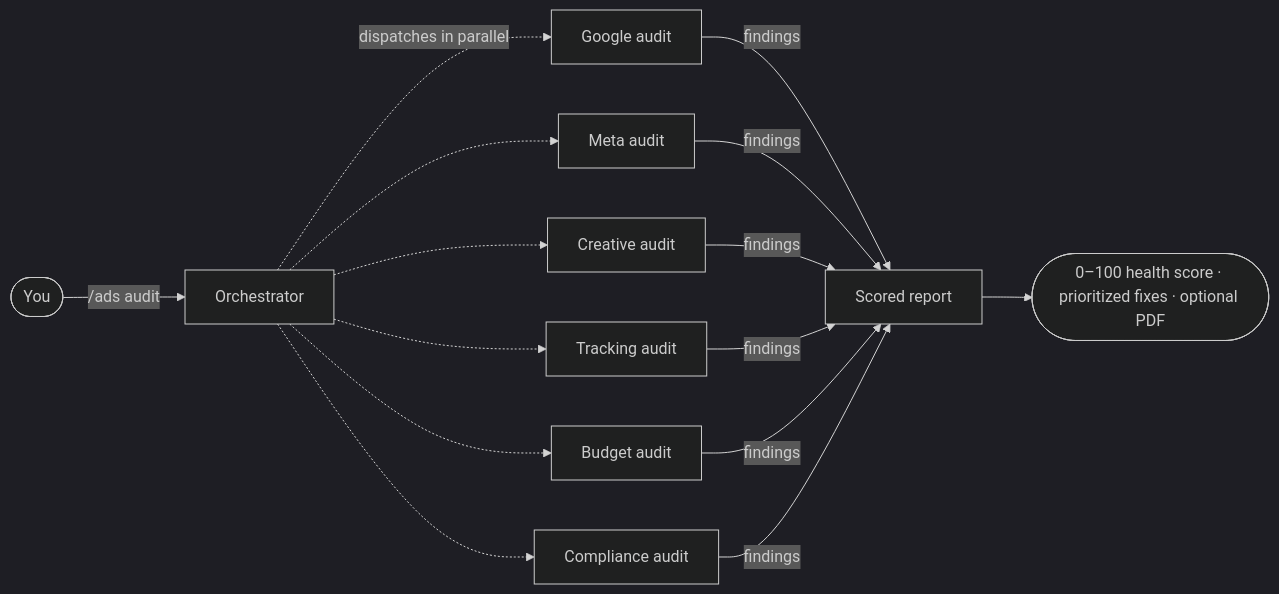
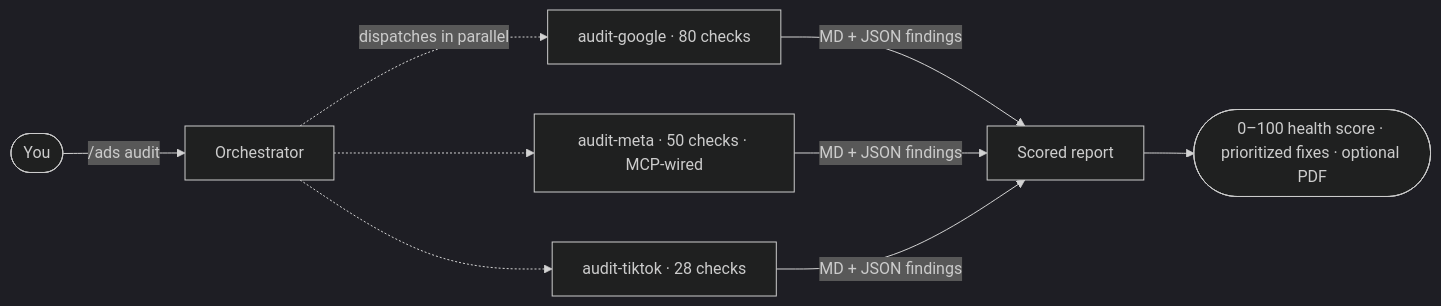
Before and after one commit to Hainrixz/claude-ads: the diagram in README.md, drawn with Mermaid (dark theme). The commit also changed other lines of this file and 1 other file, not shown here.

Commit message:
docs: README — fix stale 6-agent mermaid + 12-templates count + Zernio heading
Post-v2.3.0 audit pass on README EN + ES found 4 stale-content bugs:

1. 'How it works' mermaid diagram + prose described the legacy 6-agent
   architecture (Google · Meta · Creative · Tracking · Budget · Compliance)
   from v2.2.x. Updated to the v2.3.0 reality: 3 deep-specialist agents
   (audit-google 80 checks, audit-meta 50 checks MCP-wired, audit-tiktok
   28 checks). Prose explicitly notes the dual MD + JSON output contract.

2. Strategy row in 'What you can run' table said '12 industry templates'.
   The v2.3.0 scope refocus deleted 4 templates (saas, b2b-enterprise,
   info-products, mobile-app). Corrected to 8.

3. '/ads publish' section heading read '(paid optional)' / '(pagado opcional)'
   which contradicts Zernio's free tier (first 2 connected accounts free
   forever). Dropped the misleading parenthetical from the heading; the
   body fully explains the free + paid tiers.

4. Anchor links to /ads publish updated to match the new heading slug
   so the in-README jump still works.

EN + ES kept in section-count parity (18 / 18). 141 tests pass.

````diff
--- a/README.md
+++ b/README.md
@@ -69,12 +69,9 @@
 ```mermaid
 flowchart LR
   U([You]) -->|/ads audit| O[Orchestrator]
-  O -.dispatches in parallel.-> G[Google audit]
-  O -.-> M[Meta audit]
-  O -.-> C[Creative audit]
-  O -.-> T[Tracking audit]
-  O -.-> B[Budget audit]
-  O -.-> X[Compliance audit]
-  G & M & C & T & B & X -->|findings| S[Scored report]
+  O -.dispatches in parallel.-> G[audit-google · 80 checks]
+  O -.-> M[audit-meta · 50 checks · MCP-wired]
+  O -.-> T[audit-tiktok · 28 checks]
+  G & M & T -->|MD + JSON findings| S[Scored report]
   S --> R([0–100 health score · prioritized fixes · optional PDF])
 ```
````
